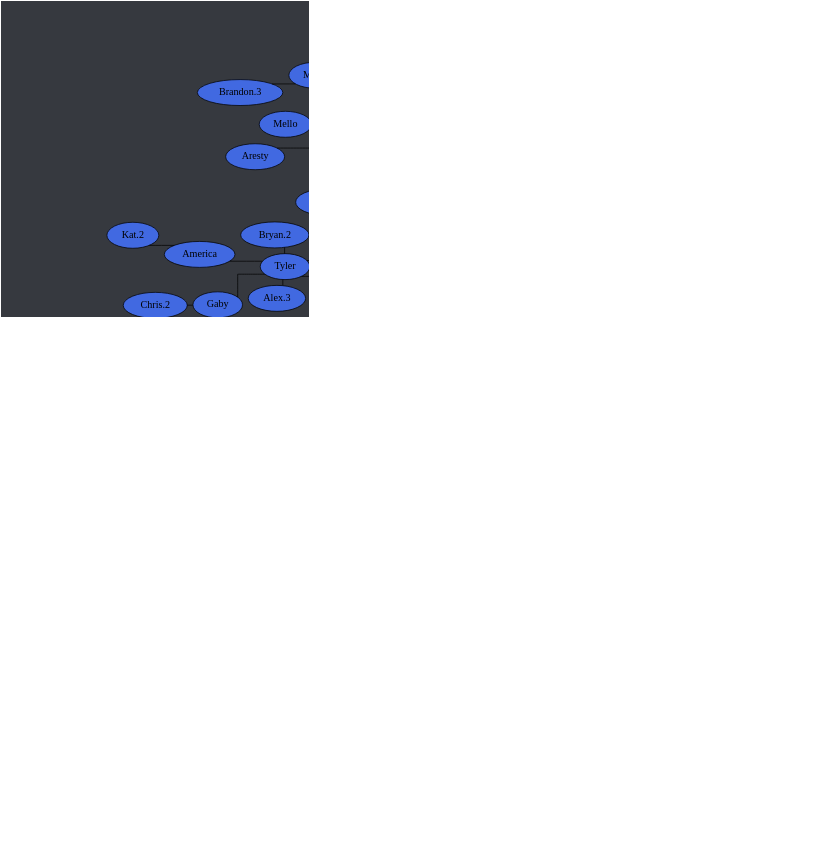
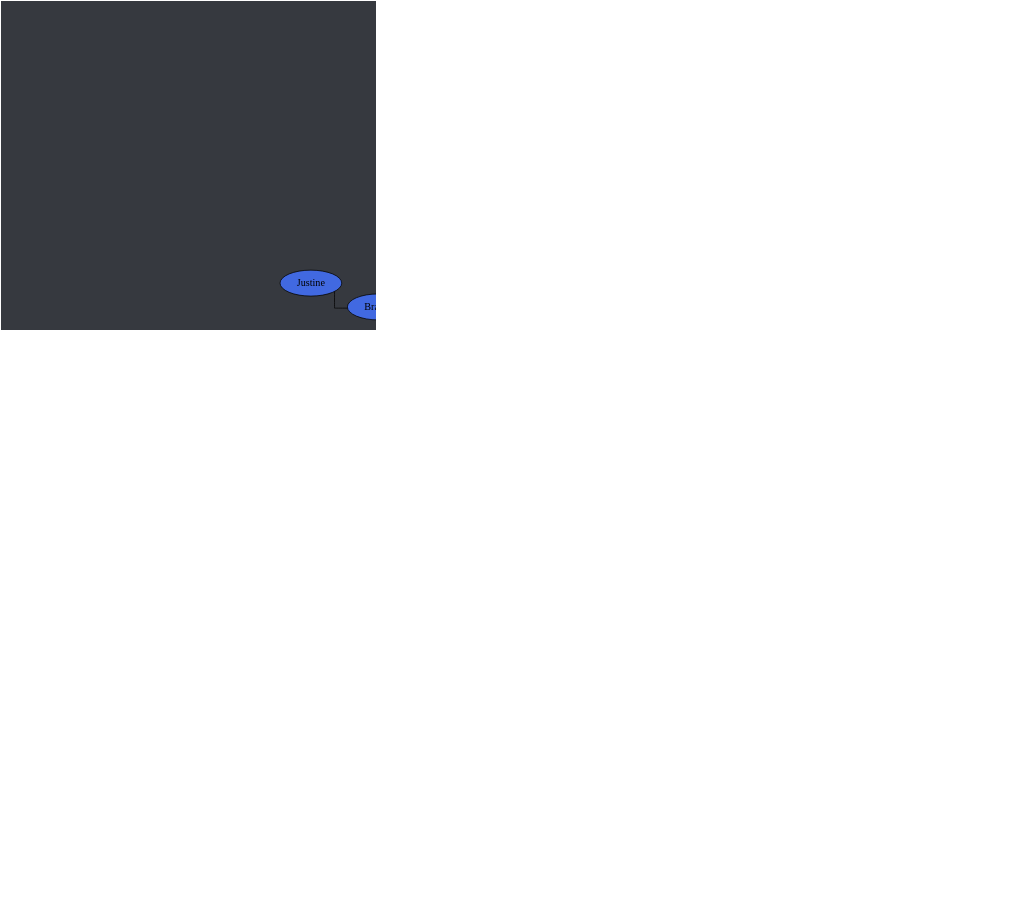
One commit to Documidas/CoronaCatzFamilyTree changed the diagram in tree.dot. Above: the diagram before and after it, drawn with Graphviz. The commit also changed 1 other file, not shown here.

```diff
--- a/tree.dot
+++ b/tree.dot
@@ -1,178 +1,179 @@
 strict graph {
 	// Layout Configuration
 	layout = neato;
 	dpi = 200;
 	epsilon = 0.01;
 	mode = major;
 	model = subset;
 	overlap = false;
 	splines = ortho;
 	start = rand;
 
 	// Visual Configuration
 	graph [ truecolor=true bgcolor="#36393f" ];
 	node [ style=filled fillcolor="gray" fontcolor="black" ];
 
 	subgraph "Joel" {
 		node [ style=filled fillcolor="firebrick4" fontcolor="white" ];
 		Joel [ style=filled fillcolor="gold" fontcolor="black" ];
 
 		Cayla -- Ali;
 		Cayla -- Jake;
 		Cayla -- Jonathan;
 		Cayla -- "Nick.1";
 		Cayla -- Ranger;
 		Cayla -- Ross;
 		Joel -- Anders;
 		Joel -- Austin;
 		Joel -- Cayla;
 		Joel -- Jared;
 		Joel -- Patrick;
 		Joel -- Steven;
 		Joel -- Zachry;
 		Zachry -- Syd;
 	}
 
 	subgraph "Anders" {
 		node [ style=filled fillcolor="green4" fontcolor="white" ];
 		// Anders [ style=filled fillcolor="green4" fontcolor="white" ];
 
 		Anders -- Chiara;
 		Anders -- "Cody.1";
 		Anders -- Cole;
 		Anders -- Daniel;
 		Anders -- Derek;
 		Anders -- DJ;
 		Anders -- Jen;
 		Anders -- "Matt.2";
 		Anders -- Solis;
 		Anders -- Wyatt;
 		Anders -- Viwat;
 		Anders -- "Zach.0";
 		Anders -- Zack;
 	}
 
 	subgraph "Jared" {
 		node [ style=filled fillcolor="royalblue" fontcolor="black" ];
 		// Jared [ style=filled fillcolor="royalblue" fontcolor="black" ];
 
 		Aly -- "Nick.2";
 		America -- "Kat.2";
 		Brandi -- Justine;
 		"Bryan.1" -- "Brandon.2";
 		"Bryan.1" -- "Cody.2";
 		"Bryan.1" -- Lori;
 		"Bryan.1" -- "Matt.3";
 		"Bryan.1" -- Nebtune;
 		Donnie -- Aiyo;
 		Donnie -- "Alex.2";
 		Donnie -- Aresty;
 		Donnie -- "Bryan.1";
 		Donnie -- Hua;
 		Donnie -- Mello;
 		Donnie -- Mia;
 		Donnie -- Mimi;
 		Donnie -- Moon;
 		Donnie -- "Nick.2";
 		Donnie -- Naomi;
 		Donnie -- Serge;
 		Donnie -- Vala;
 		Gaby -- "Chris.2";
 		Lori -- "Brandon.1";
 		Jared -- Alexander;
 		Jared -- Ben;
 		Jared -- Brandi;
 		Jared -- "Carter-1.0";
 		Jared -- Chad;
 		Jared -- Dave;
 		Jared -- Donnie;
 		Jared -- Em;
 		Jared -- Fabi;
 		Jared -- Frank;
 		Jared -- Hannah;
 		Jared -- "John Boi";
 		Jared -- "Josh.2";
 		Jared -- Mason;
 		Jared -- "Matt.1";
 		Jared -- Mehmet;
 		Jared -- Nam;
 		Jared -- Pixie;
 		Jared -- Spencer;
 		Jared -- Tyler;
 		Jared -- "Zach/Laniakea";
 		Jared -- Zoe;
 		"John Boi" -- Hardie;
 		Mimi -- Hia;
 		Moon -- "Brandon.3";
 		Tyler -- Aly;
 		Tyler -- "Alex.3";
 		Tyler -- America;
 		Tyler -- "Bryan.2";
 		Tyler -- Gaby;
 		Zoe -- Aiden;
 	}
 
 	subgraph "Zach/Laniakea" {
 		node [ style=filled fillcolor="#4eff2c" fontcolor="black" ];
 		// "Zach/Laniakea" [ style=filled fillcolor="#4eff2c" fontcolor="black" ];
 
 		"Caio.2" -- "Kyle.1";
 		"Caio.2" -- Lucas;
 		"Ryan/Des" -- Marcus;
 		"Zach/Laniakea" -- "Caio.2";
 		"Zach/Laniakea" -- John;
 		"Zach/Laniakea" -- "Logan.1";
 		"Zach/Laniakea" -- Kevin;
 		"Zach/Laniakea" -- Kody;
 		"Zach/Laniakea" -- "Kyle.0";
 		"Zach/Laniakea" -- Mike;
 		"Zach/Laniakea" -- "Ryan/Des";
 		"Zach/Laniakea" -- "Ryan/Wenger";
 	}
 
 	subgraph "John" {
 		node [ style=filled fillcolor="#c89b3c" fontcolor="black" ];
 		// John [ style=filled fillcolor="#c89b3c" fontcolor="black" ];
 
 		Jay -- "Logan.2";
 		John -- Anna;
 		John -- Emily;
 		John -- Haber;
 		John -- Jay;
 		John -- "Jack.1";
 		John -- Lara;
 		John -- "Thomas.1";
 	}
 
 	subgraph "Thomas.1" {
 		node [ style=filled fillcolor="#b04900" fontcolor="black" ];
 		// "Thomas.1" [ style=filled fillcolor="#b04900" fontcolor="black" ];
 
 		"Da'Von" -- Dalton;
 		"Da'Von" -- Jon;
 		"Da'Von" -- Karma;
 		"Da'Von" -- Zeller;
 		Dalton -- "Carter.2";
 		"Thomas.1" -- Alex;
 		"Thomas.1" -- "Da'Von";
 		"Thomas.1" -- Dre;
 		"Thomas.1" -- "Josh.1";
 		"Thomas.1" -- "Tony.1";
 	}
 
 	subgraph "Alex" {
 		node [ style=filled fillcolor="#6f2da8" fontcolor="white" ];
 		// Alex [ style=filled fillcolor="#6f2da8" fontcolor="black" ];
 
 		Alex -- "Alex/Blitt";
 		Alex -- Sam;
 		"Alex/Blitt" -- Brian;
+		"Alex/Blitt" -- Dan;
 		"Alex/Blitt" -- Gabriel;
 		"Alex/Blitt" -- "Kyle.3";
 		"Alex/Blitt" -- Mikael;
 		"Alex/Blitt" -- Nathan;
 		"Alex/Blitt" -- Nolan;
 		"Alex/Blitt" -- "Ryan.1";
 		Gabriel -- "Ryan.2";
 	}
 }
```
